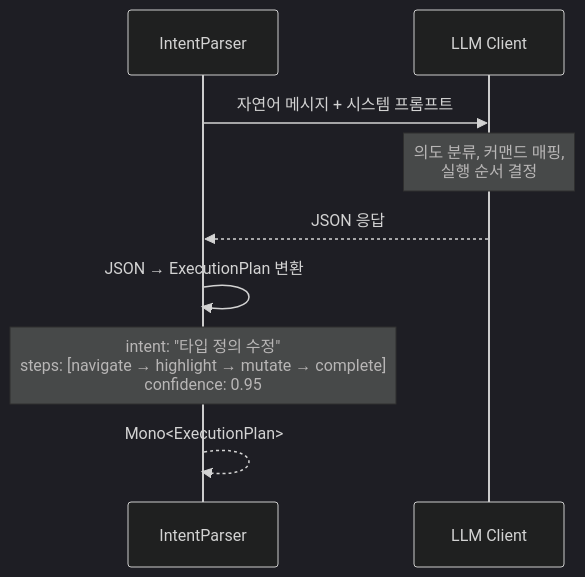
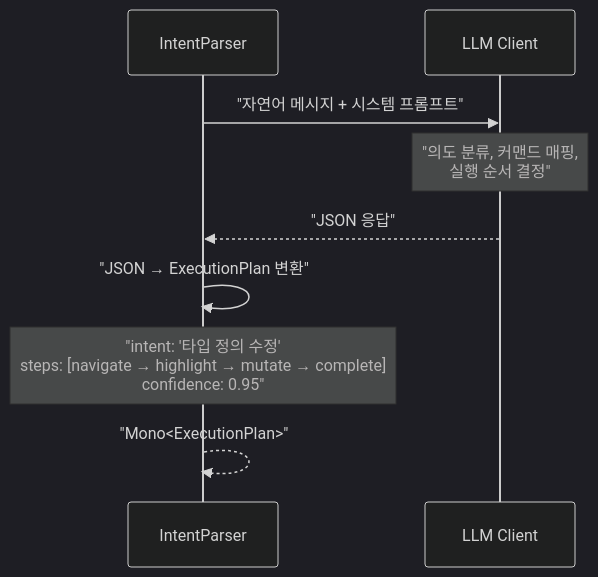
The second of 13 diagrams in assistant/USECASE.md (sayaya1090/handbook), drawn with Mermaid (dark theme) before and after one commit. The commit also changed other lines of this file and 22 other files, not shown here.

First line of the commit message:
docs: Mermaid 다이어그램 렌더링 오류 수정을 위한 구문 전수 교정

````diff
--- a/assistant/USECASE.md
+++ b/assistant/USECASE.md
@@ -39,12 +39,12 @@
 ```mermaid
 sequenceDiagram
     participant Parser as IntentParser
     participant LLM as LLM Client
 
-    Parser->>LLM: 자연어 메시지 + 시스템 프롬프트
-    Note over LLM: 의도 분류, 커맨드 매핑,<br/>실행 순서 결정
-    LLM-->>Parser: JSON 응답
-    Parser->>Parser: JSON → ExecutionPlan 변환
-    Note over Parser: intent: "타입 정의 수정"<br/>steps: [navigate → highlight → mutate → complete]<br/>confidence: 0.95
-    Parser-->>Parser: Mono<ExecutionPlan>
+    Parser->>LLM: "자연어 메시지 + 시스템 프롬프트"
+    Note over LLM: "의도 분류, 커맨드 매핑,<br/>실행 순서 결정"
+    LLM-->>Parser: "JSON 응답"
+    Parser->>Parser: "JSON → ExecutionPlan 변환"
+    Note over Parser: "intent: '타입 정의 수정'<br/>steps: [navigate → highlight → mutate → complete]<br/>confidence: 0.95"
+    Parser-->>Parser: "Mono<ExecutionPlan>"
 ```
````
